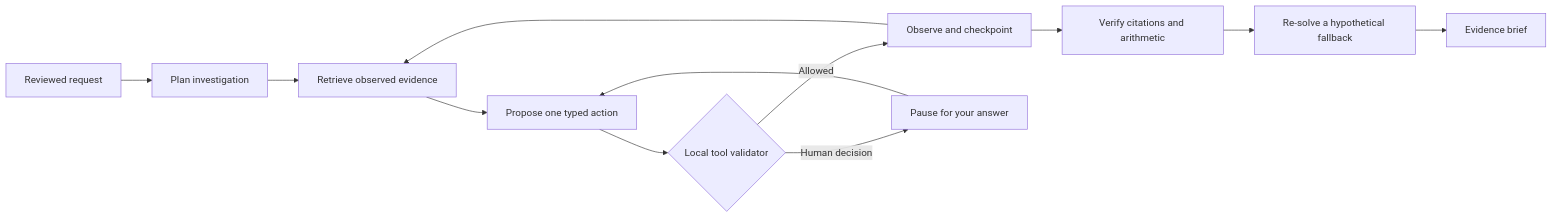
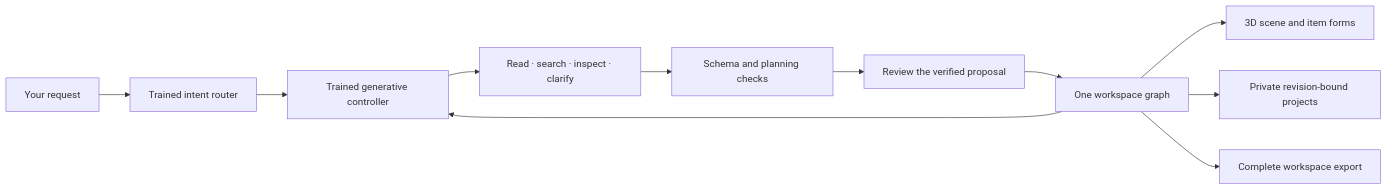
The second of 2 diagrams in README.md (usmanmohammed2306/IntentCart), drawn with Mermaid before and after one commit. The commit also changed other lines of this file and 76 other files, not shown here.

Commit message:
feat: add trained workspace planning and reviewed PayPal checkout

````diff
--- a/README.md
+++ b/README.md
@@ -120,14 +88,13 @@
 ```mermaid
 flowchart LR
-    R[Reviewed request] --> P[Plan investigation]
-    P --> T[Retrieve observed evidence]
-    T --> A[Propose one typed action]
-    A --> V{Local tool validator}
-    V -->|Allowed| O[Observe and checkpoint]
-    O --> T
-    V -->|Human decision| H[Pause for your answer]
-    H --> A
-    O --> C[Verify citations and arithmetic]
-    C --> F[Re-solve a hypothetical fallback]
-    F --> B[Evidence brief]
+    U[Your request] --> R[Trained intent router]
+    W[One workspace graph] --> L[Trained generative controller]
+    R --> L
+    L --> T[Read · search · inspect · clarify]
+    T --> C[Schema and planning checks]
+    C --> P[Review the verified proposal]
+    P --> W
+    W --> V[3D scene and item forms]
+    W --> S[Private revision-bound projects]
+    W --> E[Complete workspace export]
 ```
````
